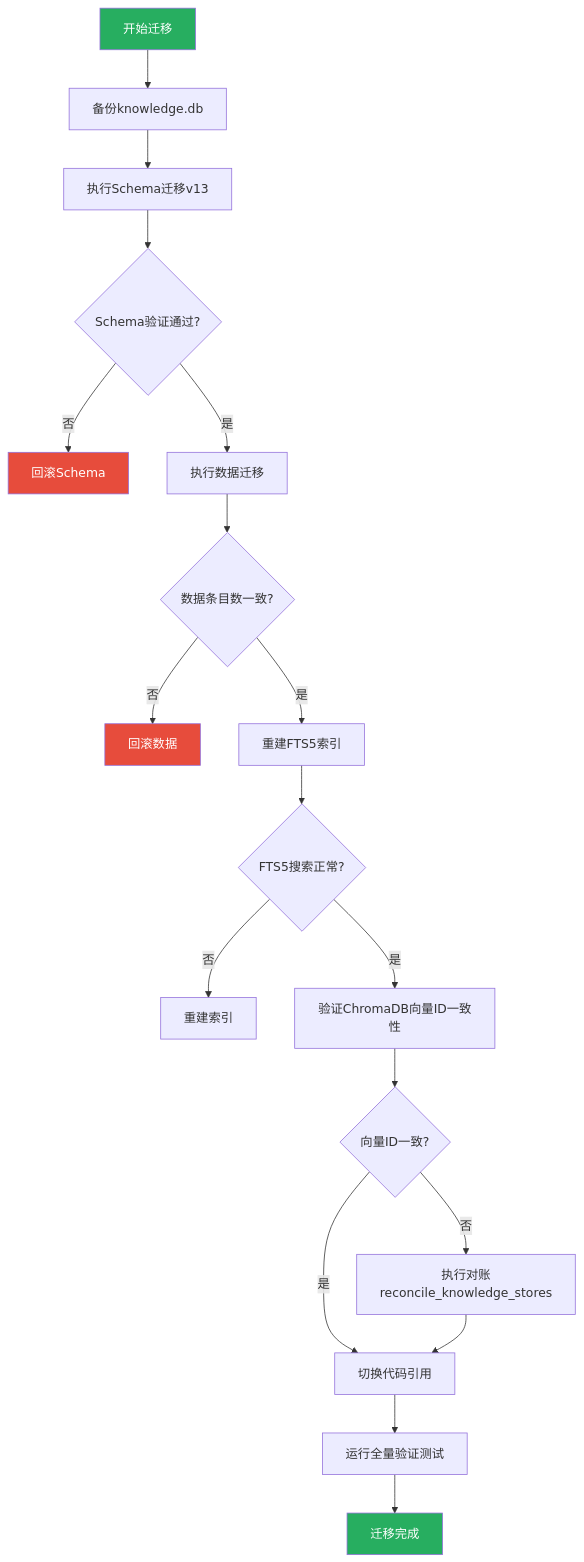
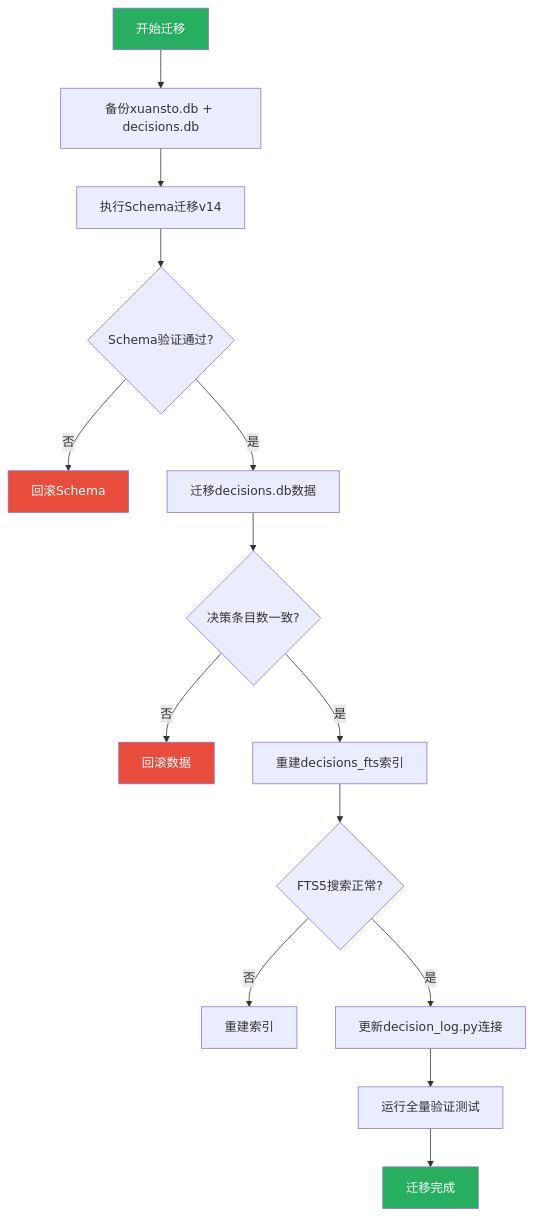
The seventh of 12 diagrams in docs/plan/REFACTOR_PLAN.md (xuanyuanchumo/xuansto), drawn with Mermaid before and after one commit. The commit also changed other lines of this file and 34 other files, not shown here.

````diff
--- a/docs/plan/REFACTOR_PLAN.md
+++ b/docs/plan/REFACTOR_PLAN.md
@@ -382,25 +419,21 @@
 ```mermaid
 graph TB
-    START[开始迁移] --> BACKUP[备份knowledge.db]
-    BACKUP --> SCHEMA[执行Schema迁移v13]
+    START[开始迁移] --> BACKUP[备份xuansto.db + decisions.db]
+    BACKUP --> SCHEMA[执行Schema迁移v14]
     SCHEMA --> CHECK1{Schema验证通过?}
     CHECK1 -->|否| ROLLBACK1[回滚Schema]
-    CHECK1 -->|是| DATA[执行数据迁移]
-    DATA --> CHECK2{数据条目数一致?}
+    CHECK1 -->|是| DATA[迁移decisions.db数据]
+    DATA --> CHECK2{决策条目数一致?}
     CHECK2 -->|否| ROLLBACK2[回滚数据]
-    CHECK2 -->|是| FTS[重建FTS5索引]
+    CHECK2 -->|是| FTS[重建decisions_fts索引]
     FTS --> CHECK3{FTS5搜索正常?}
     CHECK3 -->|否| REBUILD[重建索引]
-    CHECK3 -->|是| CHROMA[验证ChromaDB向量ID一致性]
-    CHROMA --> CHECK4{向量ID一致?}
-    CHECK4 -->|否| RECONCILE[执行对账reconcile_knowledge_stores]
-    CHECK4 -->|是| SWITCH[切换代码引用]
-    RECONCILE --> SWITCH
-    SWITCH --> VERIFY[运行全量验证测试]
+    CHECK3 -->|是| CODE[更新decision_log.py连接]
+    CODE --> VERIFY[运行全量验证测试]
     VERIFY --> DONE[迁移完成]
 
     style START fill:#27ae60,color:#fff
     style DONE fill:#27ae60,color:#fff
     style ROLLBACK1 fill:#e74c3c,color:#fff
     style ROLLBACK2 fill:#e74c3c,color:#fff
 ```
````
